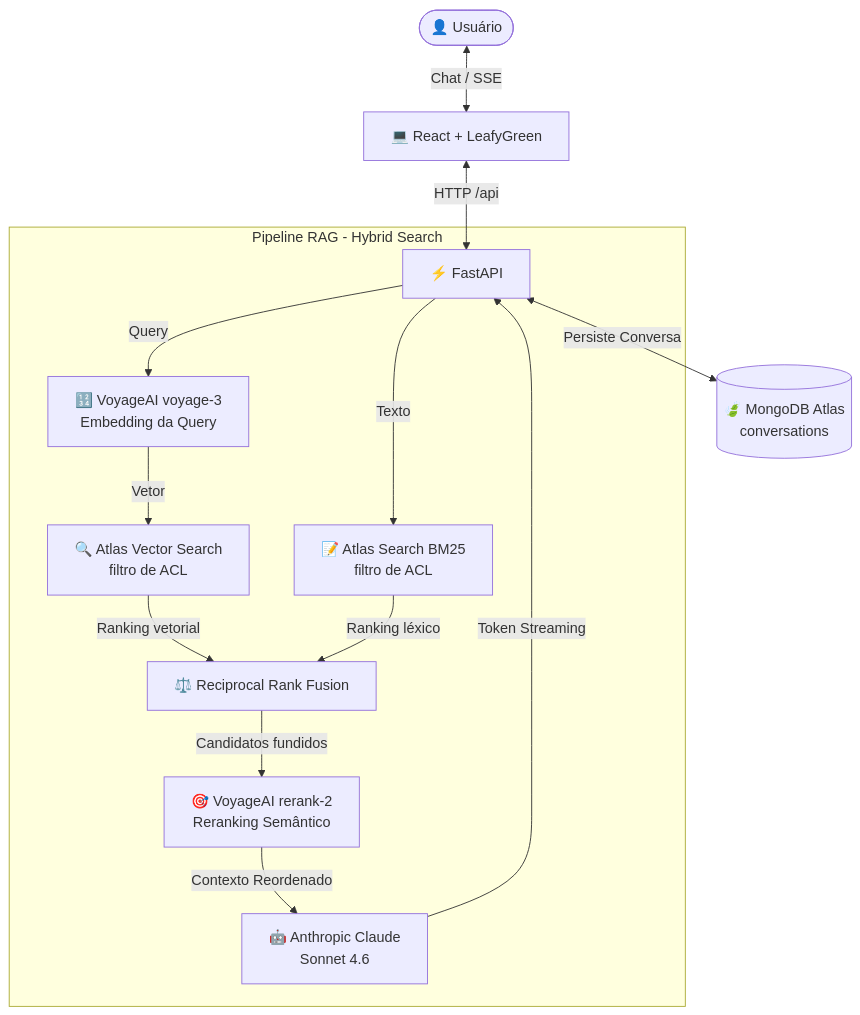
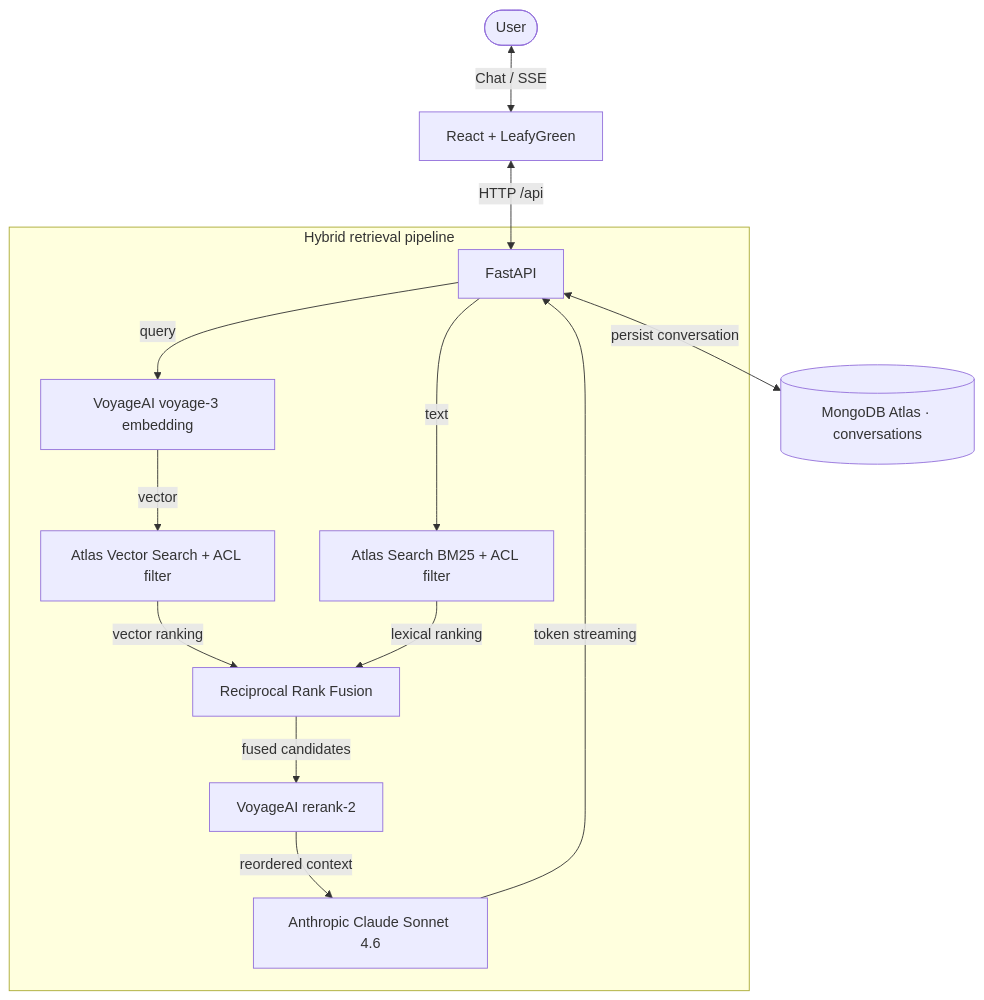
The diagram in README.md (adrianofratelli-glitch/MongoDB-RAG), drawn with Mermaid before and after one commit. The commit also changed other lines of this file and 17 other files, not shown here.

````diff
--- a/README.md
+++ b/README.md
@@ -11,18 +14,18 @@
 ```mermaid
 graph TD
-    User([👤 Usuário]) <-->|Chat / SSE| UI[💻 React + LeafyGreen]
-    UI <-->|HTTP /api| API[⚡ FastAPI]
+    User([User]) <-->|Chat / SSE| UI[React + LeafyGreen]
+    UI <-->|HTTP /api| API[FastAPI]
 
-    subgraph Pipeline RAG - Hybrid Search
-        API -->|Query| EMB[🔢 VoyageAI voyage-3\nEmbedding da Query]
-        EMB -->|Vetor| VS[🔍 Atlas Vector Search\nfiltro de ACL]
-        API -->|Texto| LX[📝 Atlas Search BM25\nfiltro de ACL]
-        VS -->|Ranking vetorial| RRF[⚖️ Reciprocal Rank Fusion]
-        LX -->|Ranking léxico| RRF
-        RRF -->|Candidatos fundidos| RNK[🎯 VoyageAI rerank-2\nReranking Semântico]
-        RNK -->|Contexto Reordenado| LLM[🤖 Anthropic Claude\nSonnet 4.6]
+    subgraph Retrieval [Hybrid retrieval pipeline]
+        API -->|query| EMB[VoyageAI voyage-3 embedding]
+        EMB -->|vector| VS[Atlas Vector Search + ACL filter]
+        API -->|text| LX[Atlas Search BM25 + ACL filter]
+        VS -->|vector ranking| RRF[Reciprocal Rank Fusion]
+        LX -->|lexical ranking| RRF
+        RRF -->|fused candidates| RNK[VoyageAI rerank-2]
+        RNK -->|reordered context| LLM[Anthropic Claude Sonnet 4.6]
     end
 
-    LLM -->|Token Streaming| API
-    API <-->|Persiste Conversa| MDB[(🍃 MongoDB Atlas\nconversations)]
+    LLM -->|token streaming| API
+    API <-->|persist conversation| MDB[(MongoDB Atlas · conversations)]
 ```
````
